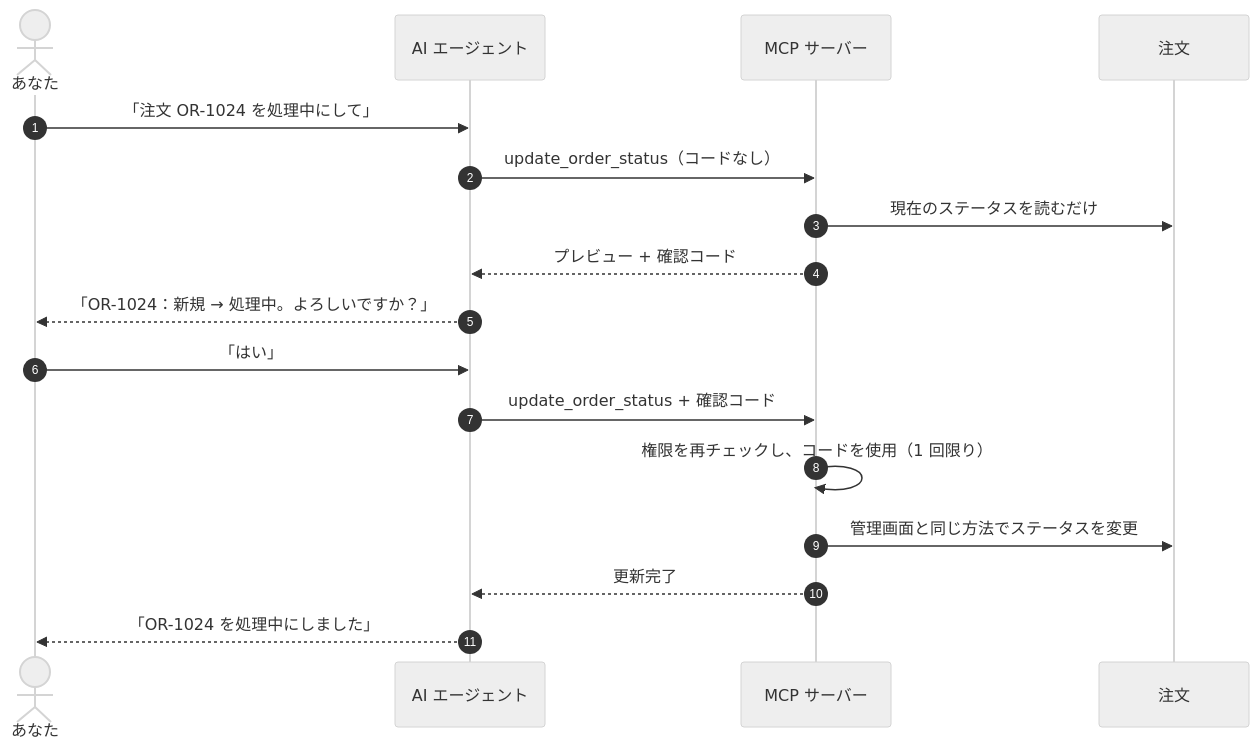
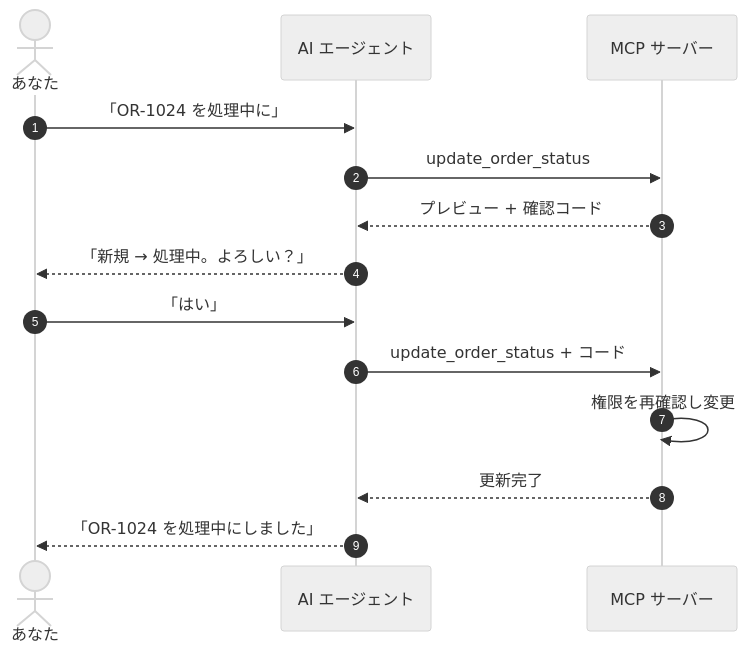
One commit to gp247net/gp247-docs changed the second of 2 diagrams in mcp/mcp-tools_ja.md. Above: the diagram before and after it, drawn with Mermaid (neutral theme). The commit also changed other lines of this file and 44 other files, not shown here.

First line of the commit message:
docs: redraw oversized diagrams in security, API and MCP docs (vi/en/ja)

````diff
--- a/mcp/mcp-tools_ja.md
+++ b/mcp/mcp-tools_ja.md
@@ -186,19 +186,16 @@
 ```mermaid
 sequenceDiagram
     autonumber
     actor U as あなた
     participant A as AI エージェント
     participant M as MCP サーバー
-    participant O as 注文
-    U->>A: 「注文 OR-1024 を処理中にして」
-    A->>M: update_order_status（コードなし）
-    M->>O: 現在のステータスを読むだけ
+    U->>A: 「OR-1024 を処理中に」
+    A->>M: update_order_status
     M-->>A: プレビュー + 確認コード
-    A-->>U: 「OR-1024：新規 → 処理中。よろしいですか？」
+    A-->>U: 「新規 → 処理中。よろしい？」
     U->>A: 「はい」
-    A->>M: update_order_status + 確認コード
-    M->>M: 権限を再チェックし、コードを使用（1 回限り）
-    M->>O: 管理画面と同じ方法でステータスを変更
+    A->>M: update_order_status + コード
+    M->>M: 権限を再確認し変更
     M-->>A: 更新完了
     A-->>U: 「OR-1024 を処理中にしました」
 ```
````
